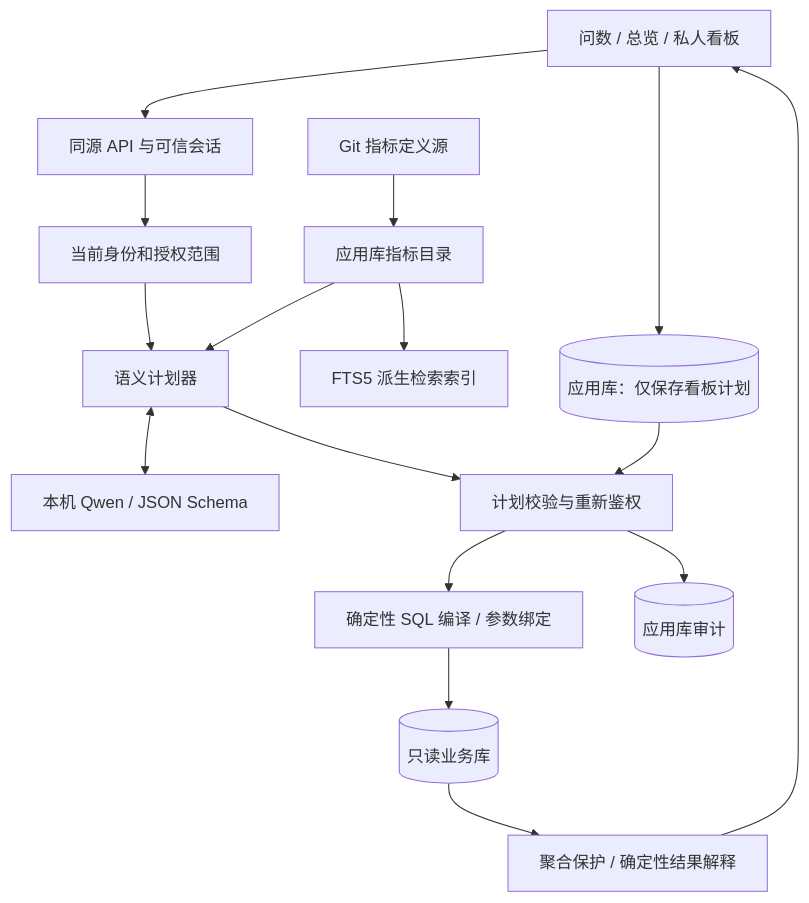
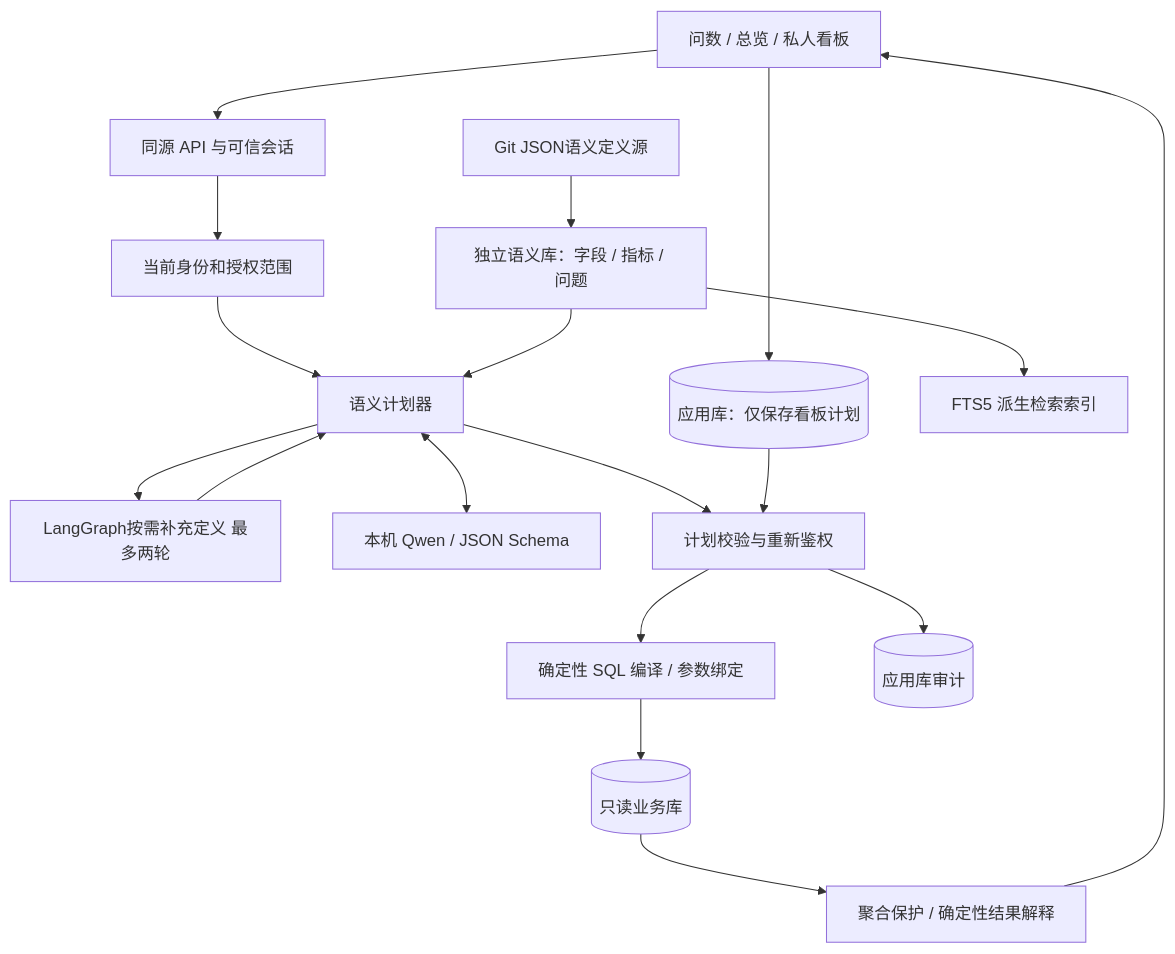
The diagram in docs/ARCHITECTURE.md (fengjikui/Smart_hr_database), drawn with Mermaid before and after one commit. The commit also changed other lines of this file and 42 other files, not shown here.

````diff
--- a/docs/ARCHITECTURE.md
+++ b/docs/ARCHITECTURE.md
@@ -7,18 +7,20 @@
 ```mermaid
 flowchart TD
     UI[问数 / 总览 / 私人看板] --> API[同源 API 与可信会话]
     API --> Auth[当前身份和授权范围]
     Auth --> Planner[语义计划器]
-    Catalog[应用库指标目录] --> Planner
+    Catalog[独立语义库：字段 / 指标 / 问题] --> Planner
+    Planner --> Inspect[LangGraph按需补充定义 最多两轮]
+    Inspect --> Planner
     Planner <--> LM[本机 Qwen / JSON Schema]
     Planner --> Validate[计划校验与重新鉴权]
     Validate --> SQL[确定性 SQL 编译 / 参数绑定]
     SQL --> DB[(只读业务库)]
     DB --> Result[聚合保护 / 确定性结果解释]
     Result --> UI
     UI --> Saved[(应用库：仅保存看板计划)]
     Saved --> Validate
-    Git[Git 指标定义源] --> Catalog
+    Git[Git JSON语义定义源] --> Catalog
     Catalog --> Search[FTS5 派生检索索引]
     Validate --> Audit[(应用库审计)]
 ```
````
